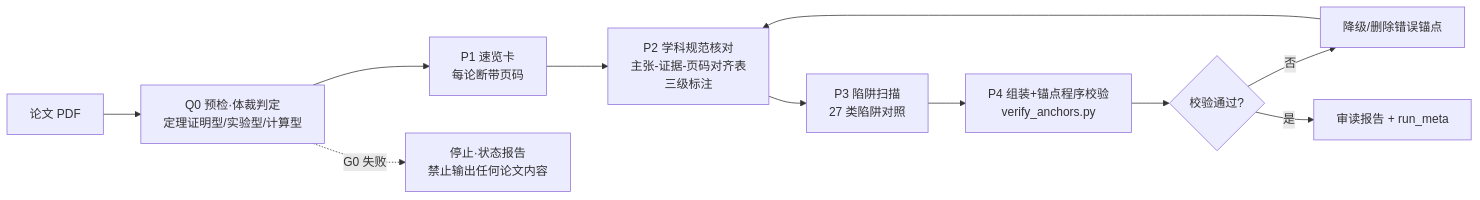
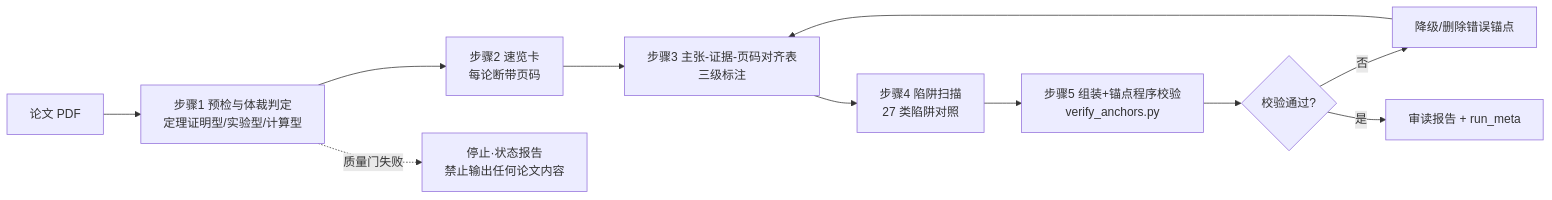
Before and after one commit to CuiDong-Xu-DPTech/ai-paper-reading-evidence-anchored: the diagram in README.md, drawn with Mermaid. The commit also changed other lines of this file and 1 other file, not shown here.

````diff
--- a/README.md
+++ b/README.md
@@ -122,13 +318,13 @@
 ```mermaid
 flowchart LR
-    A[论文 PDF] --> B[Q0 预检·体裁判定<br/>定理证明型/实验型/计算型]
-    B --> C[P1 速览卡<br/>每论断带页码]
-    C --> D[P2 学科规范核对<br/>主张-证据-页码对齐表<br/>三级标注]
-    D --> E[P3 陷阱扫描<br/>27 类陷阱对照]
-    E --> F[P4 组装+锚点程序校验<br/>verify_anchors.py]
+    A[论文 PDF] --> B[步骤1 预检与体裁判定<br/>定理证明型/实验型/计算型]
+    B --> C[步骤2 速览卡<br/>每论断带页码]
+    C --> D[步骤3 主张-证据-页码对齐表<br/>三级标注]
+    D --> E[步骤4 陷阱扫描<br/>27 类陷阱对照]
+    E --> F[步骤5 组装+锚点程序校验<br/>verify_anchors.py]
     F --> G{校验通过?}
     G -- 否 --> H[降级/删除错误锚点]
     H --> D
     G -- 是 --> I[审读报告 + run_meta]
-    B -. G0 失败 .-> J[停止·状态报告<br/>禁止输出任何论文内容]
+    B -. 质量门失败 .-> J[停止·状态报告<br/>禁止输出任何论文内容]
 ```
````
